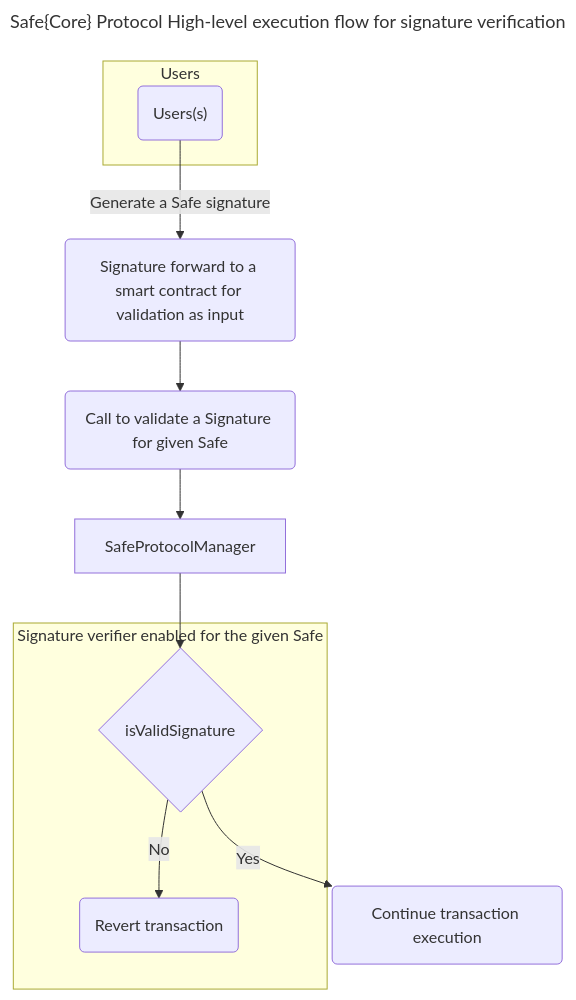
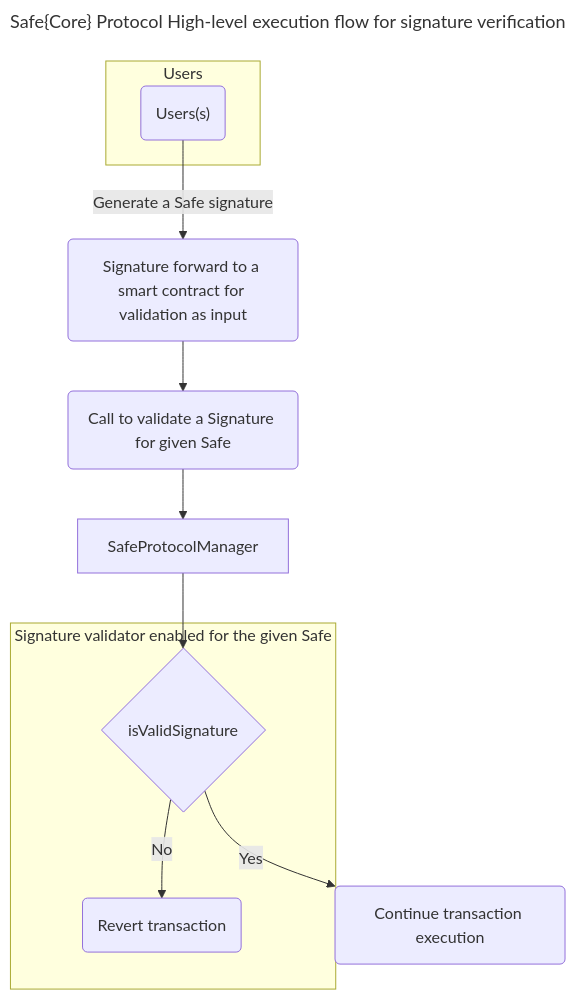
One commit to 5afe/safe-core-protocol changed the fifth of 5 diagrams in docs/execution_flows.md. Above: the diagram before and after it, drawn with Mermaid. The commit also changed other lines of this file and 17 other files, not shown here.

Commit message:
[#84] Bulk rename integration to module and verifier to validator (#85)

````diff
--- a/docs/execution_flows.md
+++ b/docs/execution_flows.md
@@ -97,25 +97,25 @@
 ```mermaid
 ---
 title: Safe{Core} Protocol High-level execution flow for signature verification
 ---
 flowchart TD;
    Sign_Transaction(Signature forward to a smart contract for validation as input)
 
 subgraph Users
    User(User)
 end
 
-subgraph SignatureVerifier [Signature verifier enabled for the given Safe]
+subgraph SignatureValidator [Signature validator enabled for the given Safe]
    isValidSignature(isValidSignature)
    isValidSignature --> |No| E(Revert transaction)
 end
 
 Sign_Transaction --> RequestToValidate
 RequestToValidate(Call to validate a Signature for given Safe) --> SafeProtocolManager
 
 SafeProtocolManager --> isValidSignature{isValidSignature}
 
 isValidSignature --> |Yes| ExecuteTx(Continue transaction execution)
 
 User("`Users(s)`") --> |Generate a Safe signature| Sign_Transaction
 ```
````
